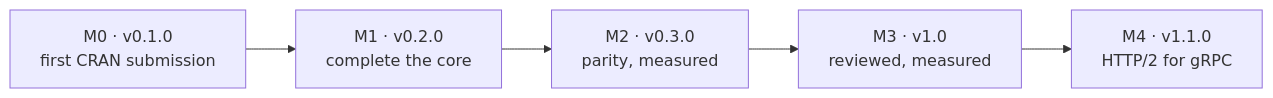
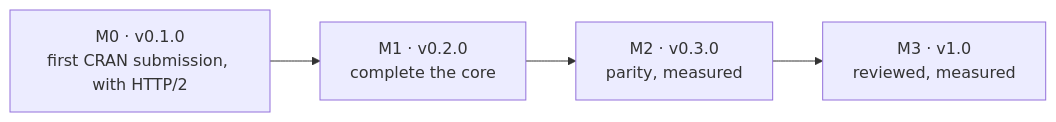
One commit to pedrobtz/zuhttp changed the diagram in .agents/roadmap.md. Above: the diagram before and after it, drawn with Mermaid. The commit also changed other lines of this file and 2 other files, not shown here.

First line of the commit message:
Plan: HTTP/2 in 0.1.0 (D-96)

````diff
--- a/.agents/roadmap.md
+++ b/.agents/roadmap.md
@@ -70,7 +70,6 @@
 ```mermaid
 graph LR
-  M0["M0 · v0.1.0<br/>first CRAN submission"] --> M1["M1 · v0.2.0<br/>complete the core"]
+  M0["M0 · v0.1.0<br/>first CRAN submission, with HTTP/2"] --> M1["M1 · v0.2.0<br/>complete the core"]
   M1 --> M2["M2 · v0.3.0<br/>parity, measured"]
   M2 --> M3["M3 · v1.0<br/>reviewed, measured"]
-  M3 --> M4["M4 · v1.1.0<br/>HTTP/2 for gRPC"]
 ```
````
